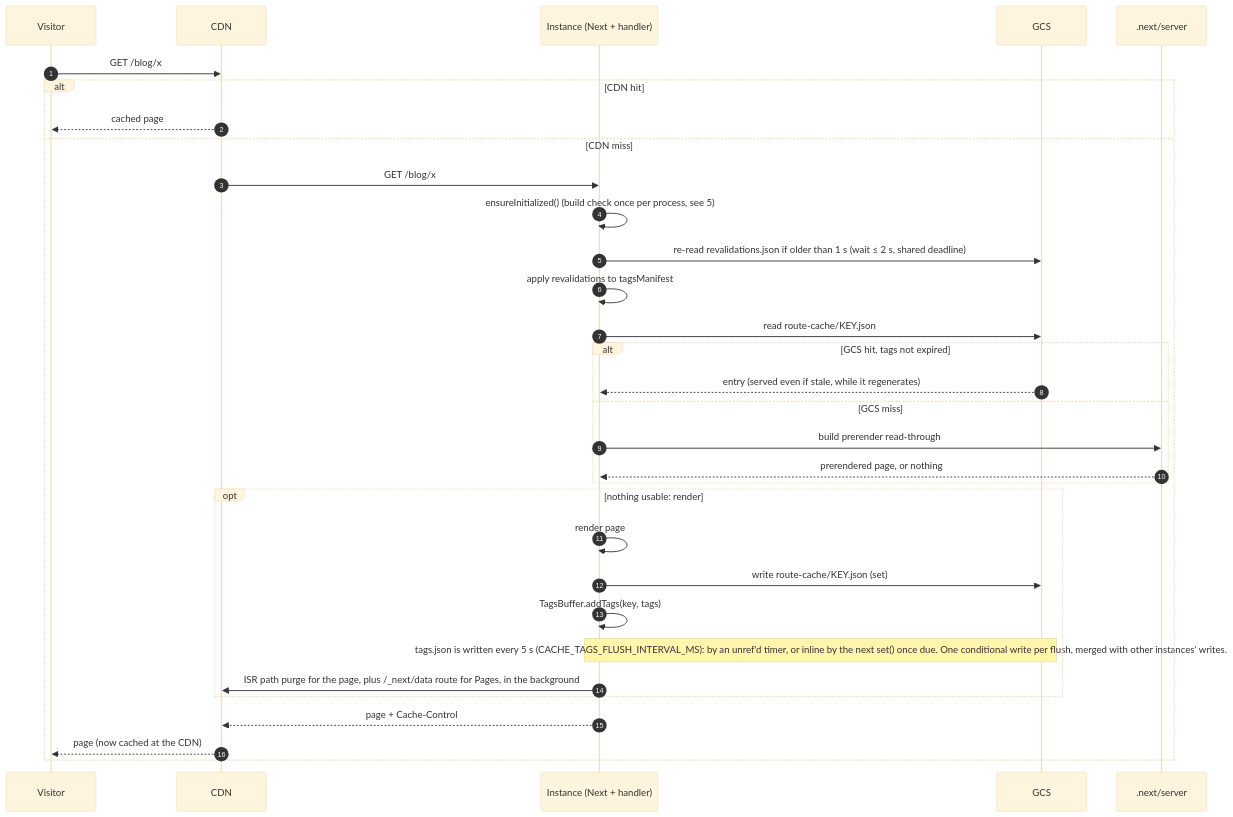
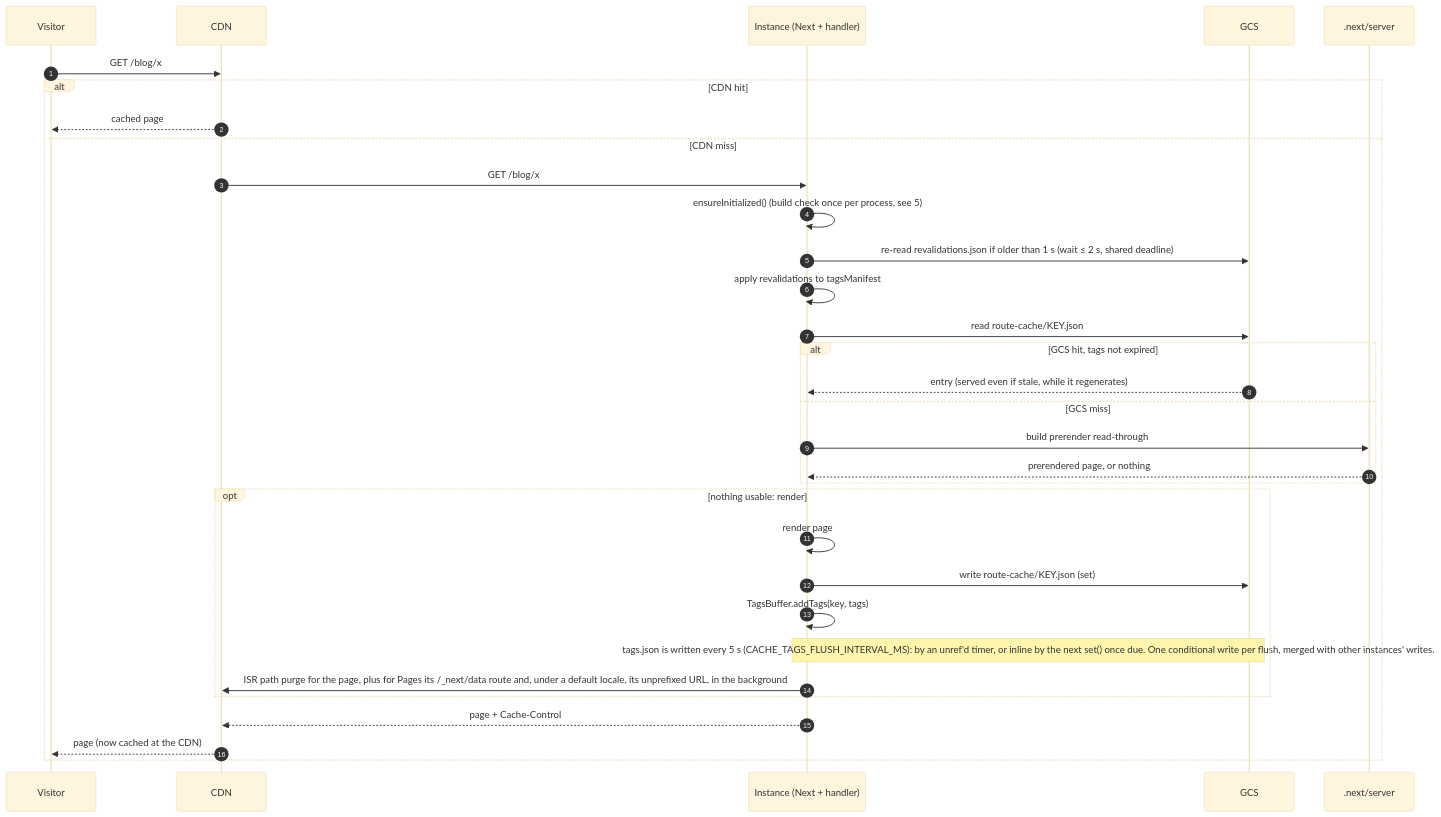
Before and after one commit to pantheon-systems/nextjs-cache-handler: the second of 5 diagrams in ARCHITECTURE.md, drawn with Mermaid (base theme). The commit also changed other lines of this file and 10 other files, not shown here.

First line of the commit message:
SITE-6314: purge the URLs Next serves for trailingSlash, /index and default-locale pages. (#140)

````diff
--- a/ARCHITECTURE.md
+++ b/ARCHITECTURE.md
@@ -57,35 +57,35 @@
 ```mermaid
 sequenceDiagram
   autonumber
   participant V as Visitor
   participant CDN
   participant B as Instance (Next + handler)
   participant G as GCS
   participant FS as .next/server
 
   V->>CDN: GET /blog/x
   alt CDN hit
     CDN-->>V: cached page
   else CDN miss
     CDN->>B: GET /blog/x
     B->>B: ensureInitialized() (build check once per process, see 5)
     B->>G: re-read revalidations.json if older than 1 s (wait ≤ 2 s, shared deadline)
     B->>B: apply revalidations to tagsManifest
     B->>G: read route-cache/KEY.json
     alt GCS hit, tags not expired
       G-->>B: entry (served even if stale, while it regenerates)
     else GCS miss
       B->>FS: build prerender read-through
       FS-->>B: prerendered page, or nothing
     end
     opt nothing usable: render
       B->>B: render page
       B->>G: write route-cache/KEY.json (set)
       B->>B: TagsBuffer.addTags(key, tags)
       Note over B,G: tags.json is written every 5 s (CACHE_TAGS_FLUSH_INTERVAL_MS): by an unref'd timer, or inline by the next set() once due. One conditional write per flush, merged with other instances' writes.
-      B->>CDN: ISR path purge for the page, plus /_next/data route for Pages, in the background
+      B->>CDN: ISR path purge for the page, plus for Pages its /_next/data route and, under a default locale, its unprefixed URL, in the background
     end
     B-->>CDN: page + Cache-Control
     CDN-->>V: page (now cached at the CDN)
   end
 ```
````
